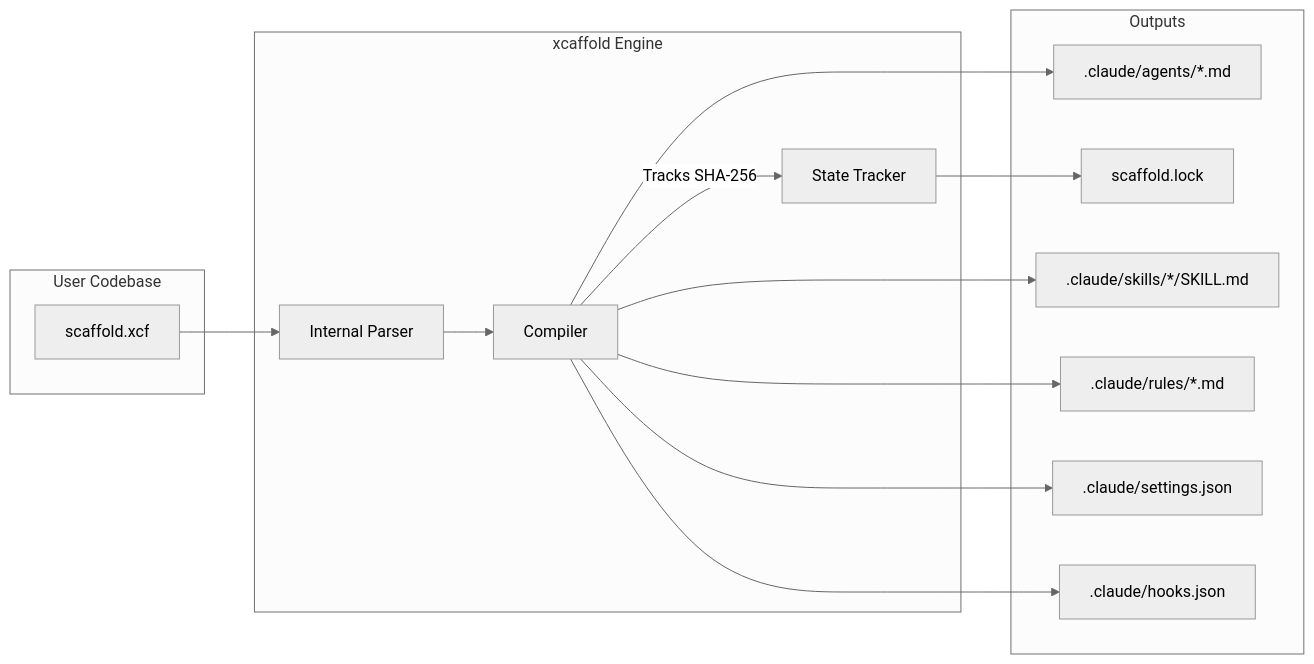
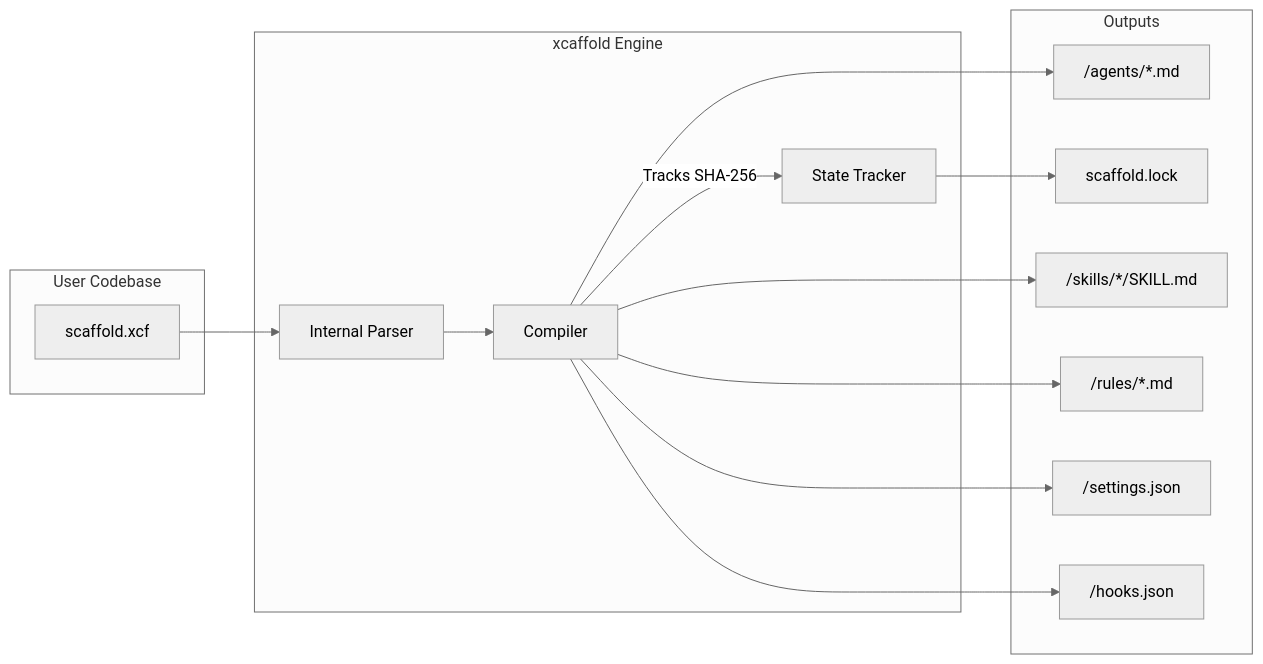
One commit to saero-ai/xcaffold changed the first of 2 diagrams in docs/architecture.md. Above: the diagram before and after it, drawn with Mermaid (neutral theme). The commit also changed other lines of this file and 3 other files, not shown here.

First line of the commit message:
docs(core): align ecosystem documentation with multi-provider architecture

````diff
--- a/docs/architecture.md
+++ b/docs/architecture.md
@@ -7,31 +7,31 @@
 ```mermaid
 graph LR
   subgraph User Codebase
     A[scaffold.xcf]
   end
 
   subgraph xcaffold Engine
     B[Internal Parser]
     C[Compiler]
     D[State Tracker]
   end
 
   subgraph Outputs
-    E[".claude/agents/*.md"]
+    E["<target_dir>/agents/*.md"]
     F["scaffold.lock"]
-    G[".claude/skills/*/SKILL.md"]
-    H[".claude/rules/*.md"]
-    I[".claude/settings.json"]
-    J[".claude/hooks.json"]
+    G["<target_dir>/skills/*/SKILL.md"]
+    H["<target_dir>/rules/*.md"]
+    I["<target_dir>/settings.json"]
+    J["<target_dir>/hooks.json"]
   end
 
   A --> B
   B --> C
   C --> E
   C --> G
   C --> H
   C --> I
   C --> J
   C -->|Tracks SHA-256| D
   D --> F
 ```
````
